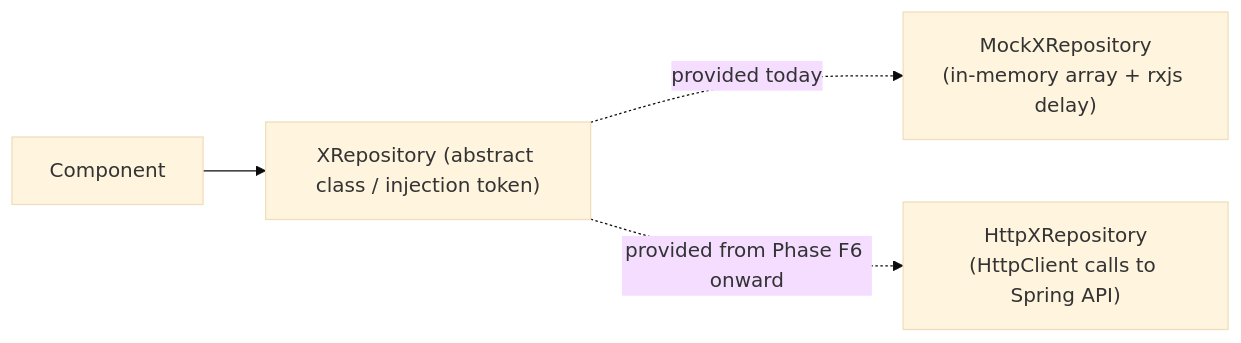
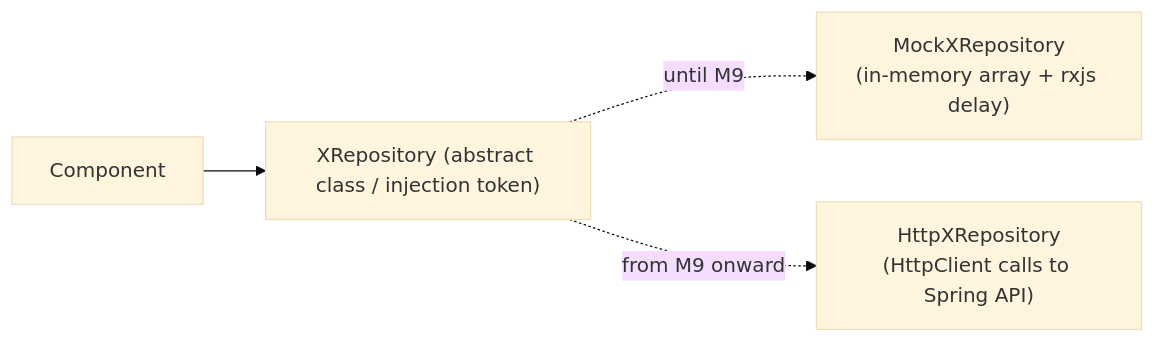
Before and after one commit to omarkelovUA/budget-front: the second of 2 diagrams in docs/ARCHITECTURE.md, drawn with Mermaid (base theme). The commit also changed other lines of this file and 5 other files, not shown here.

First line of the commit message:
docs: make ARCHITECTURE.md frontend-only, move PLAN.md out of the repo

````diff
--- a/docs/ARCHITECTURE.md
+++ b/docs/ARCHITECTURE.md
@@ -204,6 +113,6 @@
 ```mermaid
 flowchart LR
     Component --> Repo["XRepository (abstract class / injection token)"]
-    Repo -. "provided today" .-> Mock["MockXRepository\n(in-memory array + rxjs delay)"]
-    Repo -. "provided from Phase F6 onward" .-> Http["HttpXRepository\n(HttpClient calls to Spring API)"]
+    Repo -. "until M9" .-> Mock["MockXRepository\n(in-memory array + rxjs delay)"]
+    Repo -. "from M9 onward" .-> Http["HttpXRepository\n(HttpClient calls to Spring API)"]
 ```
````
